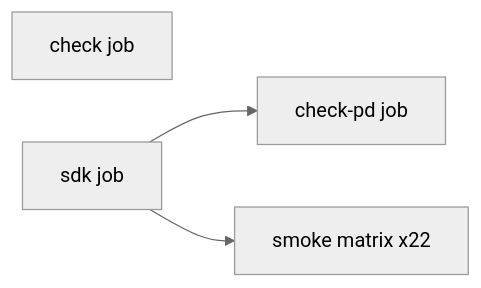
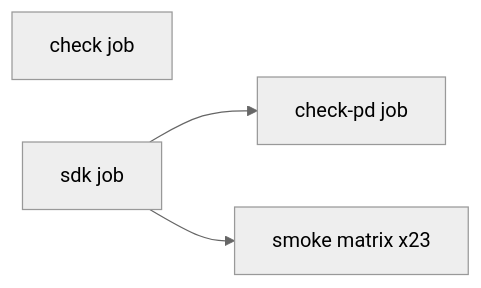
Before and after one commit to julerex/lerux: the diagram in docs/ci.md, drawn with Mermaid (neutral theme). The commit also changed other lines of this file and 18 other files, not shown here.

````diff
--- a/docs/ci.md
+++ b/docs/ci.md
@@ -12,9 +12,9 @@
 ```mermaid
 flowchart LR
   check[check job]
   sdk[sdk job]
   checkPd[check-pd job]
-  smoke[smoke matrix x22]
+  smoke[smoke matrix x23]
   sdk --> checkPd
   sdk --> smoke
 ```
````
